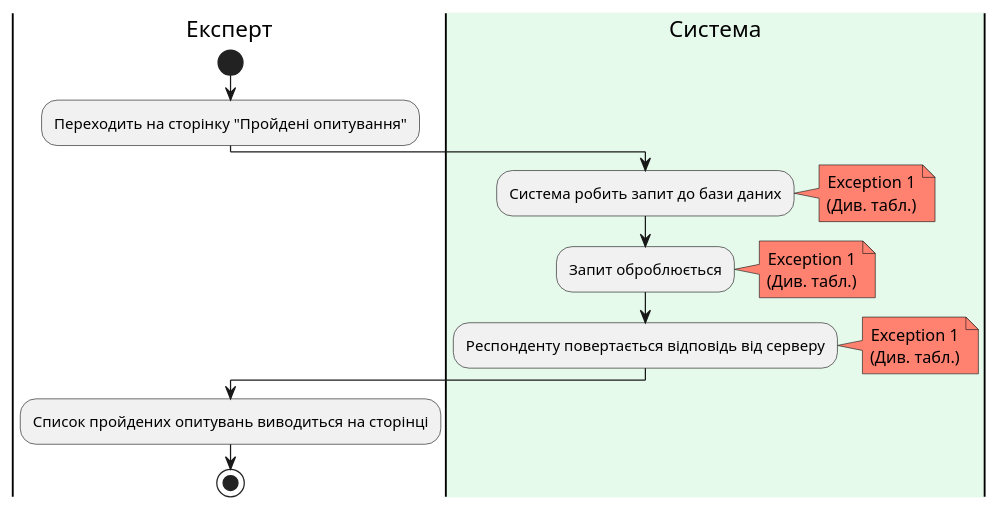
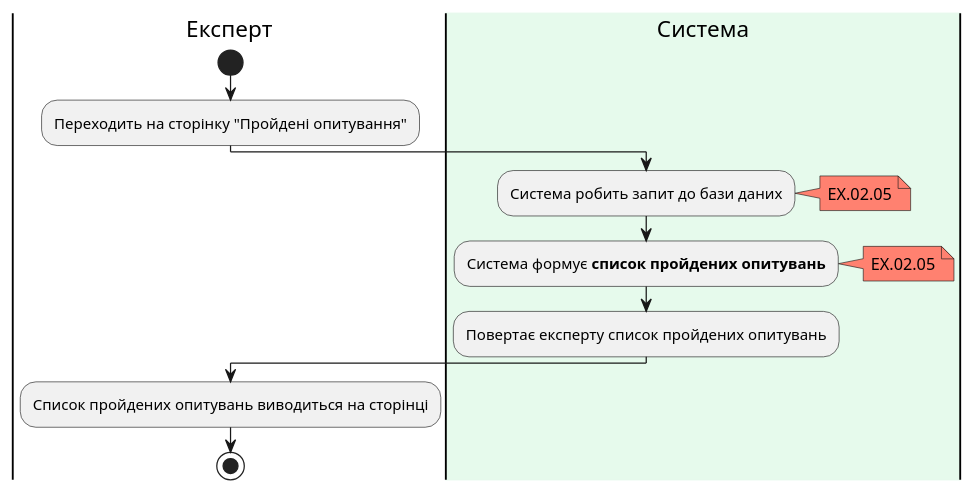
One commit to generalmaks/db_labs changed diagram 16 of 16 in docs/use_cases.md. Above: the diagram before and after it, drawn with PlantUML. The commit also changed other lines of this file, not shown here.

Commit message:
Update activity diagram of ShowTakenSurveys

````diff
--- a/docs/use_cases.md
+++ b/docs/use_cases.md
@@ -816,27 +816,22 @@
 ```plantuml
 @startuml
 |Експерт|
 start
 skinparam defaultTextAlignment center
 :Переходить на сторінку "Пройдені опитування";
 |#e6faec|Система|
 :Система робить запит до бази даних;
 note right #ff8170
-Exception 1
-(Див. табл.)
+EX.02.05
 end note
-:Запит оброблюється;
+:Система формує **список пройдених опитувань**;
 note right #ff8170
-Exception 1
-(Див. табл.)
+EX.02.05
 end note
-:Респонденту повертається відповідь від серверу;
-note right #ff8170
-Exception 1
-(Див. табл.)
-end note
+:Повертає експерту список пройдених опитувань;
+
 |Експерт|
 :Список пройдених опитувань виводиться на сторінці;
 stop
 @enduml
 ```
````
